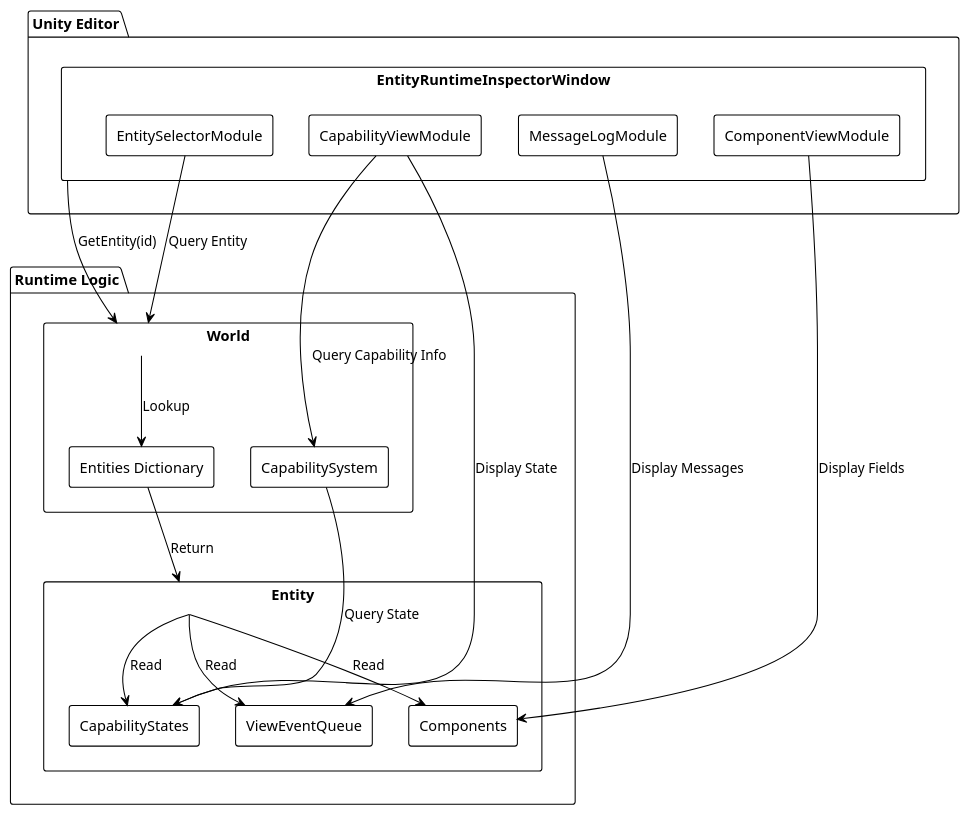
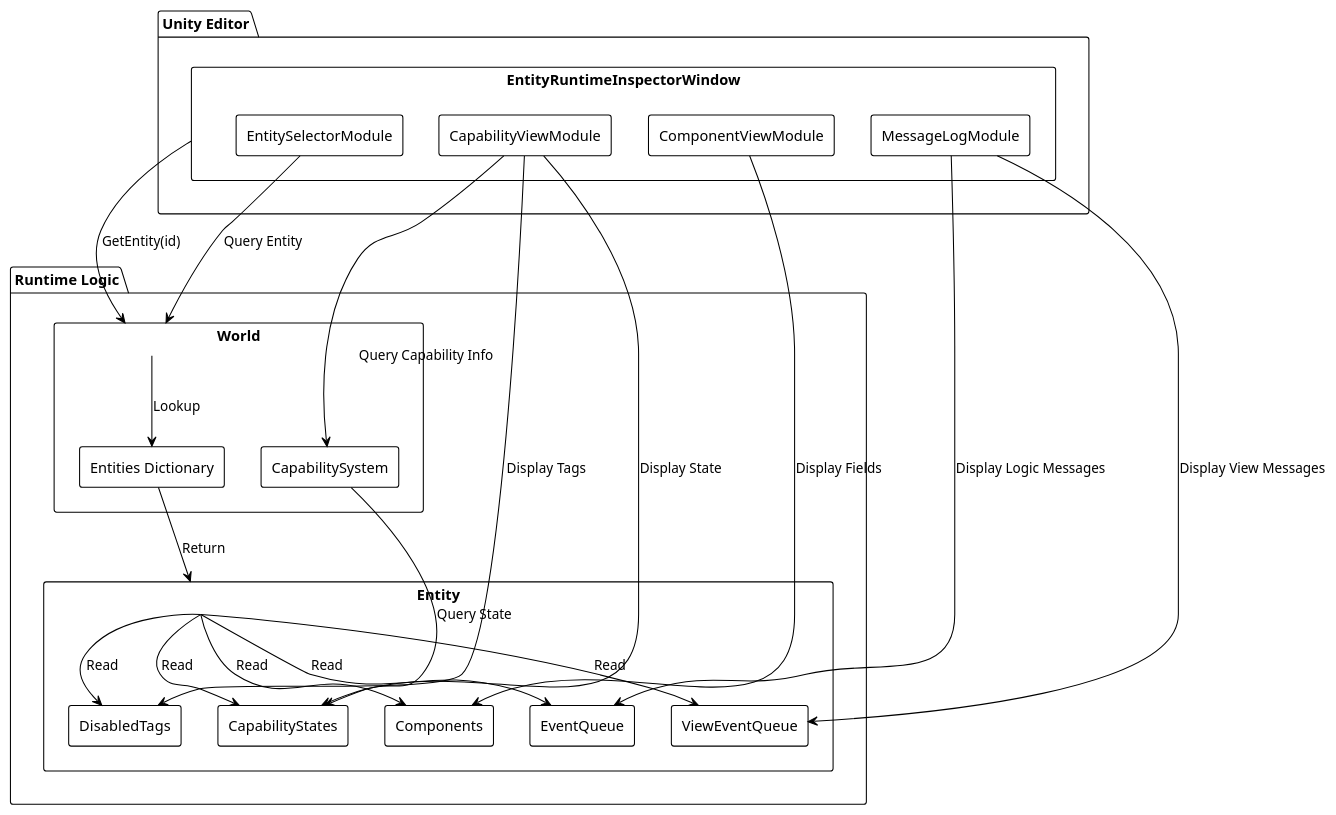
One commit to CeeLav/Astrum changed the diagram in openspec/changes/add-entity-runtime-inspector/design.md. Above: the diagram before and after it, drawn with PlantUML. The commit also changed other lines of this file and 4 other files, not shown here.

````diff
--- a/openspec/changes/add-entity-runtime-inspector/design.md
+++ b/openspec/changes/add-entity-runtime-inspector/design.md
@@ -122,43 +143,49 @@
 ```plantuml
 @startuml EntityRuntimeInspector Architecture
 !theme plain
 skinparam backgroundColor #FFFFFF
 skinparam componentStyle rectangle
 
 package "Unity Editor" {
   component "EntityRuntimeInspectorWindow" as Window {
     component "EntitySelectorModule" as Selector
     component "ComponentViewModule" as ComponentView
     component "CapabilityViewModule" as CapabilityView
     component "MessageLogModule" as MessageLog
   }
 }
 
 package "Runtime Logic" {
   component "World" as World {
     component "Entities Dictionary" as Entities
     component "CapabilitySystem" as CapSys
   }
   component "Entity" as Entity {
     component "Components" as Components
     component "CapabilityStates" as CapStates
-    component "ViewEventQueue" as EventQueue
+    component "DisabledTags" as DisabledTags
+    component "EventQueue" as LogicEventQueue
+    component "ViewEventQueue" as ViewEventQueue
   }
 }
 
 Window --> World : GetEntity(id)
 World --> Entities : Lookup
 Entities --> Entity : Return
 Entity --> Components : Read
 Entity --> CapStates : Read
-Entity --> EventQueue : Read
+Entity --> DisabledTags : Read
+Entity --> LogicEventQueue : Read
+Entity --> ViewEventQueue : Read
 CapSys --> CapStates : Query State
 
 Selector --> World : Query Entity
 ComponentView --> Components : Display Fields
 CapabilityView --> CapStates : Display State
+CapabilityView --> DisabledTags : Display Tags
 CapabilityView --> CapSys : Query Capability Info
-MessageLog --> EventQueue : Display Messages
+MessageLog --> LogicEventQueue : Display Logic Messages
+MessageLog --> ViewEventQueue : Display View Messages
 
 @enduml
 ```
````
